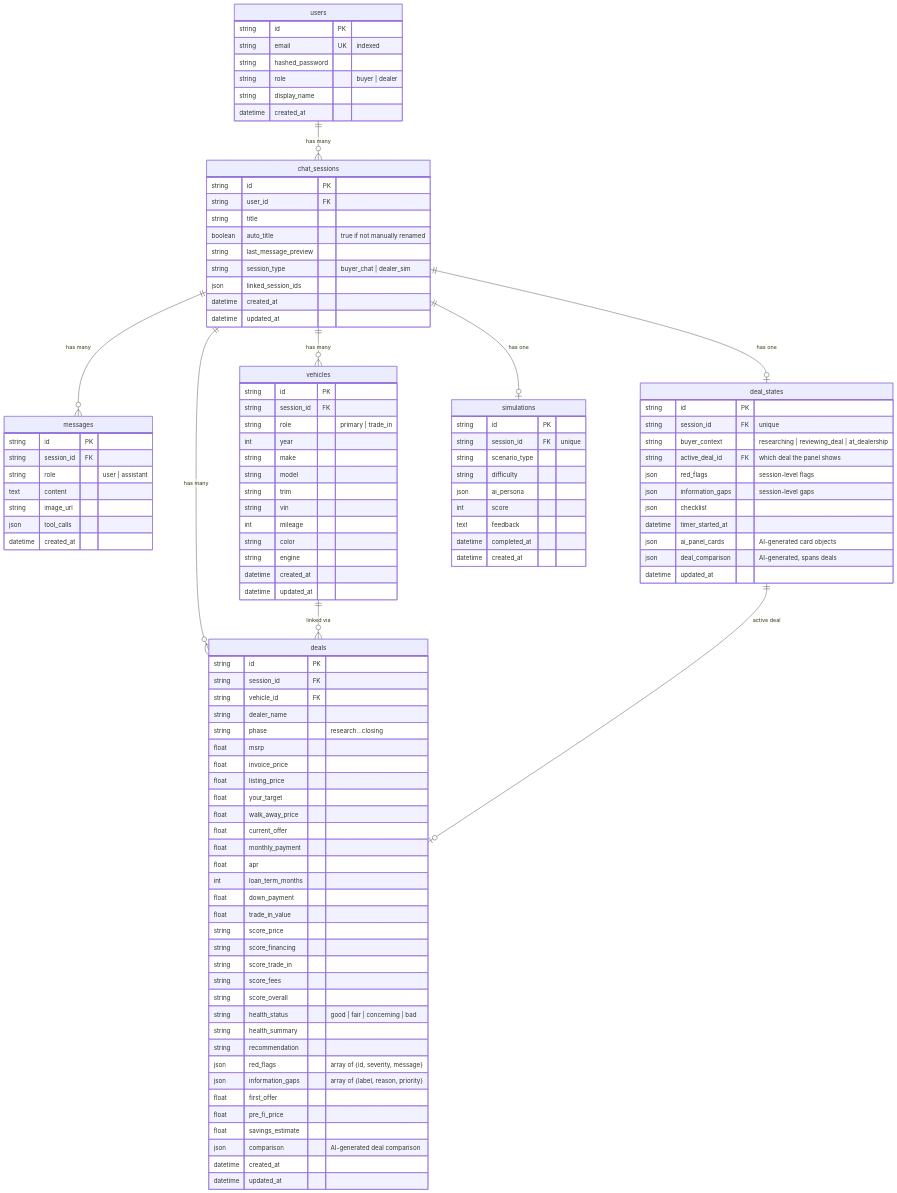
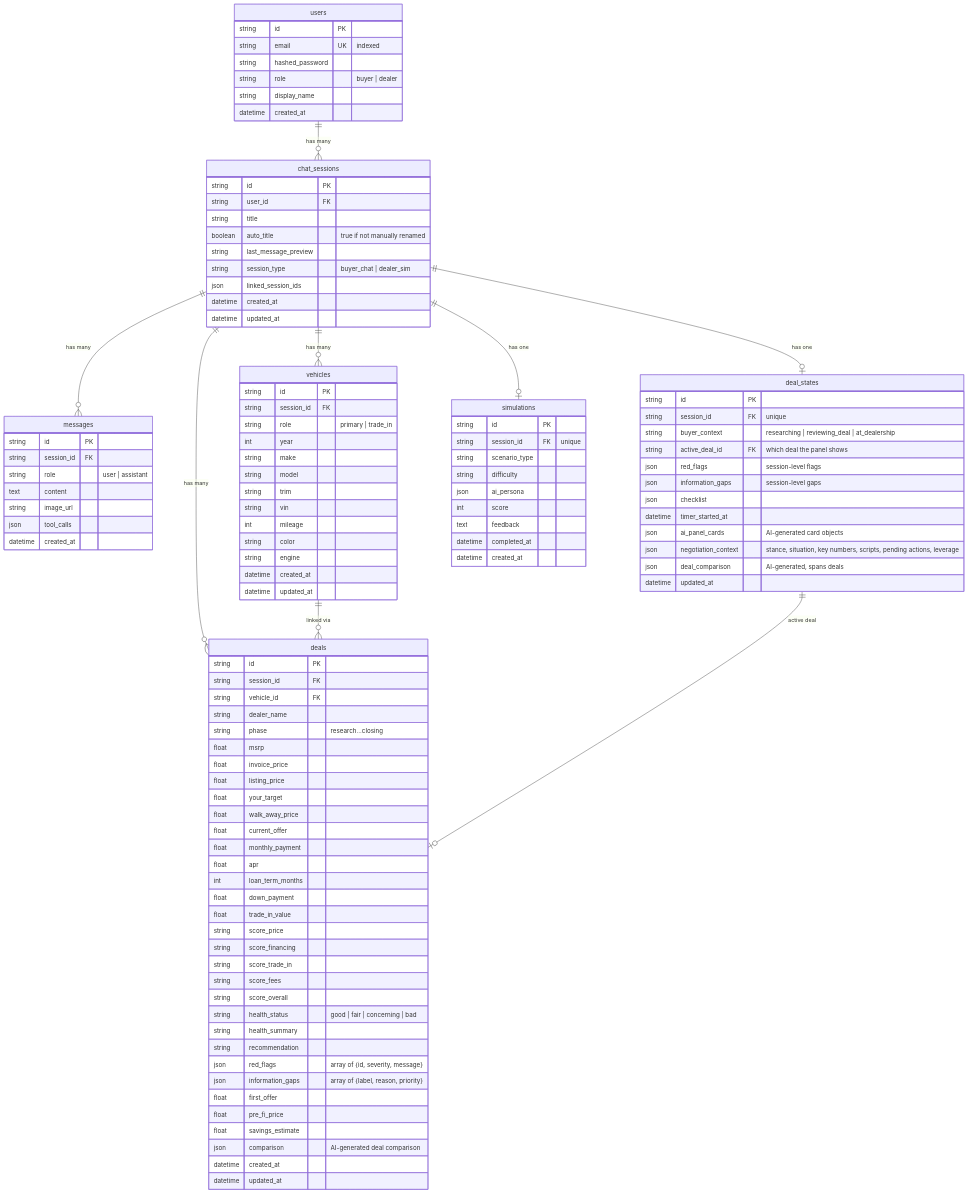
Before and after one commit to kramersmith/dealership-ai: the second of 2 diagrams in docs/TRD.md, drawn with Mermaid. The commit also changed other lines of this file and 35 other files, not shown here.

First line of the commit message:
feat(insights): negotiation context system, card design standardization, and universal reply

```diff
--- a/docs/TRD.md
+++ b/docs/TRD.md
@@ -398,6 +398,7 @@
         json checklist
         datetime timer_started_at
         json ai_panel_cards "AI-generated card objects"
+        json negotiation_context "stance, situation, key numbers, scripts, pending actions, leverage"
         json deal_comparison "AI-generated, spans deals"
         datetime updated_at
     }
```
